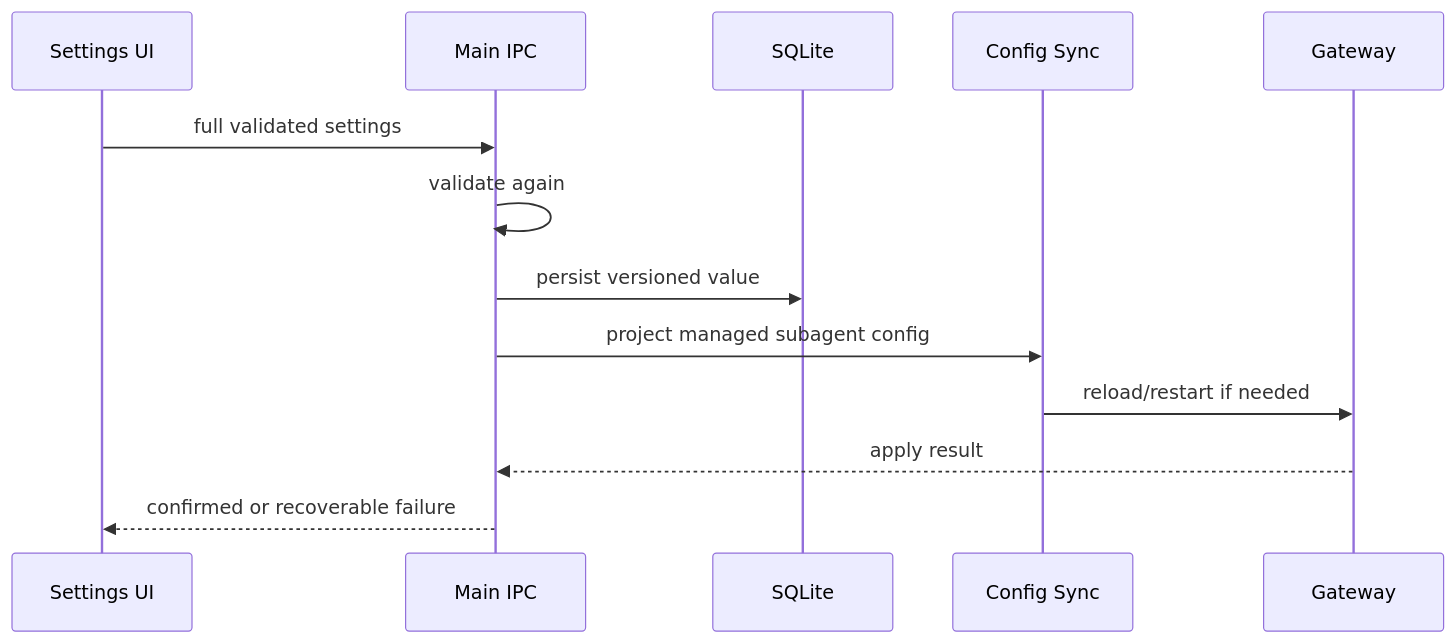
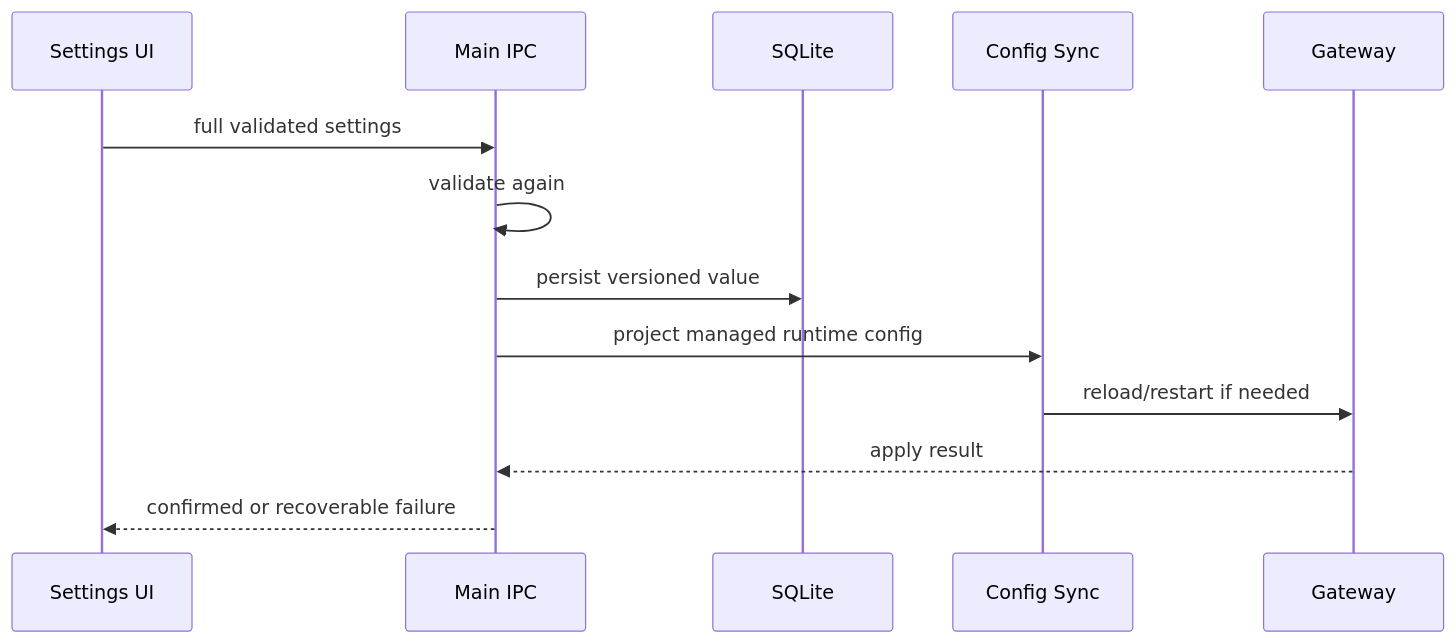
Before and after one commit to liangxhao/JustDo: the diagram in docs/features/subagent-runtime-settings-audit.md, drawn with Mermaid. The commit also changed other lines of this file and 74 other files, not shown here.

````diff
--- a/docs/features/subagent-runtime-settings-audit.md
+++ b/docs/features/subagent-runtime-settings-audit.md
@@ -170,15 +177,15 @@
 ```mermaid
 sequenceDiagram
   participant UI as Settings UI
   participant IPC as Main IPC
   participant DB as SQLite
   participant C as Config Sync
   participant G as Gateway
   UI->>IPC: full validated settings
   IPC->>IPC: validate again
   IPC->>DB: persist versioned value
-  IPC->>C: project managed subagent config
+  IPC->>C: project managed runtime config
   C->>G: reload/restart if needed
   G-->>IPC: apply result
   IPC-->>UI: confirmed or recoverable failure
 ```
````
